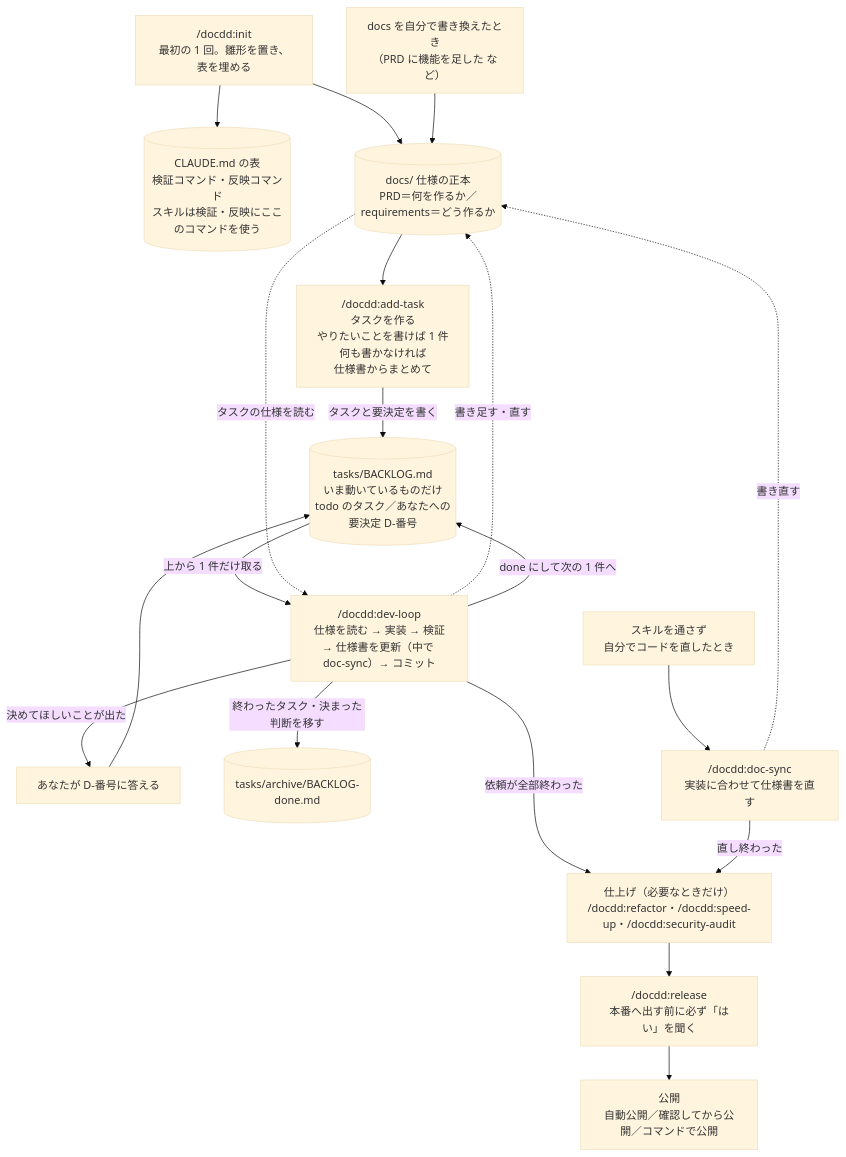
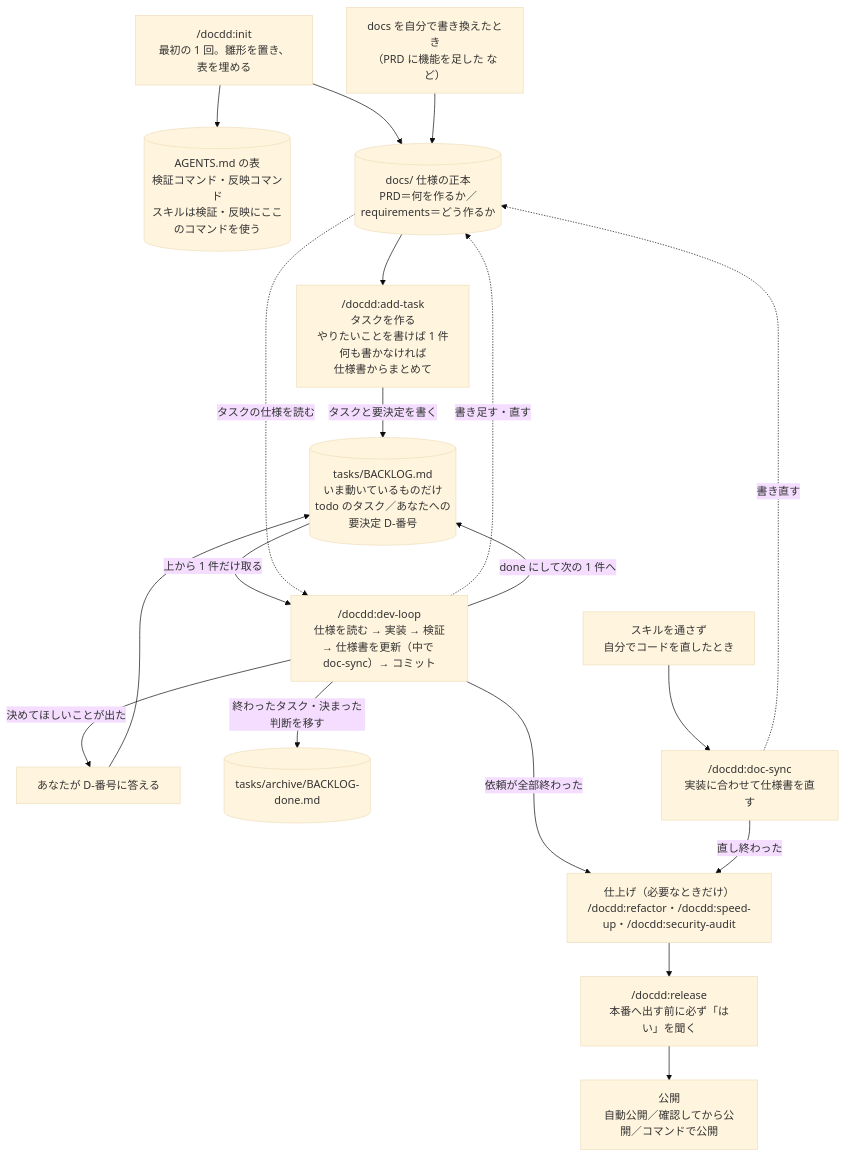
One commit to no1013kota/claude-docdd-dev-kit changed the diagram in README.md. Above: the diagram before and after it, drawn with Mermaid (base theme). The commit also changed other lines of this file and 60 other files, not shown here.

````diff
--- a/README.md
+++ b/README.md
@@ -19,22 +19,22 @@
 ```mermaid
 flowchart TD
-  I["/docdd:init<br/>最初の 1 回。雛形を置き、表を埋める"] --> C[("CLAUDE.md の表<br/>検証コマンド・反映コマンド<br/>スキルは検証・反映にここのコマンドを使う")]
+  I["/docdd:init<br/>最初の 1 回。雛形を置き、表を埋める"] --> C[("AGENTS.md の表<br/>検証コマンド・反映コマンド<br/>スキルは検証・反映にここのコマンドを使う")]
   I --> S
   Y["docs を自分で書き換えたとき<br/>（PRD に機能を足した など）"] --> S
   S[("docs/ 仕様の正本<br/>PRD＝何を作るか／requirements＝どう作るか")] --> A["/docdd:add-task<br/>タスクを作る<br/>やりたいことを書けば 1 件<br/>何も書かなければ<br/>仕様書からまとめて"]
   A -->|タスクと要決定を書く| B[("tasks/BACKLOG.md<br/>いま動いているものだけ<br/>todo のタスク／あなたへの要決定 D-番号")]
   B -->|上から 1 件だけ取る| D["/docdd:dev-loop<br/>仕様を読む → 実装 → 検証<br/>→ 仕様書を更新（中で doc-sync）→ コミット"]
   S -.->|タスクの仕様を読む| D
   D -.->|書き足す・直す| S
   D -->|決めてほしいことが出た| Q["あなたが D-番号に答える"]
   Q --> B
   D -->|done にして次の 1 件へ| B
   D -->|終わったタスク・決まった判断を移す| AR[("tasks/archive/BACKLOG-done.md")]
   B ~~~ X
   X["スキルを通さず<br/>自分でコードを直したとき"] --> DS["/docdd:doc-sync<br/>実装に合わせて仕様書を直す"]
   DS -.->|書き直す| S
   D -->|依頼が全部終わった| F["仕上げ（必要なときだけ）<br/>/docdd:refactor・/docdd:speed-up・/docdd:security-audit"]
   DS -->|直し終わった| F
   F --> R["/docdd:release<br/>本番へ出す前に必ず「はい」を聞く"]
   R --> L["公開<br/>自動公開／確認してから公開／コマンドで公開"]
 ```
````
